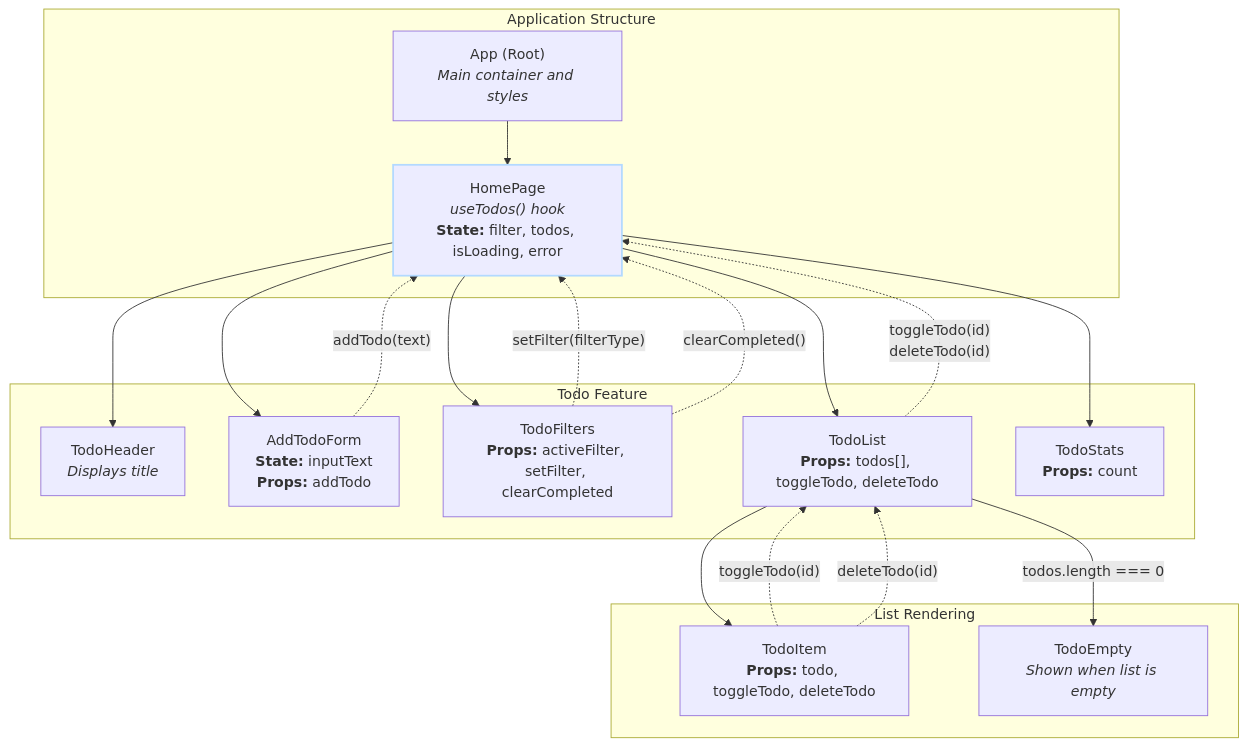
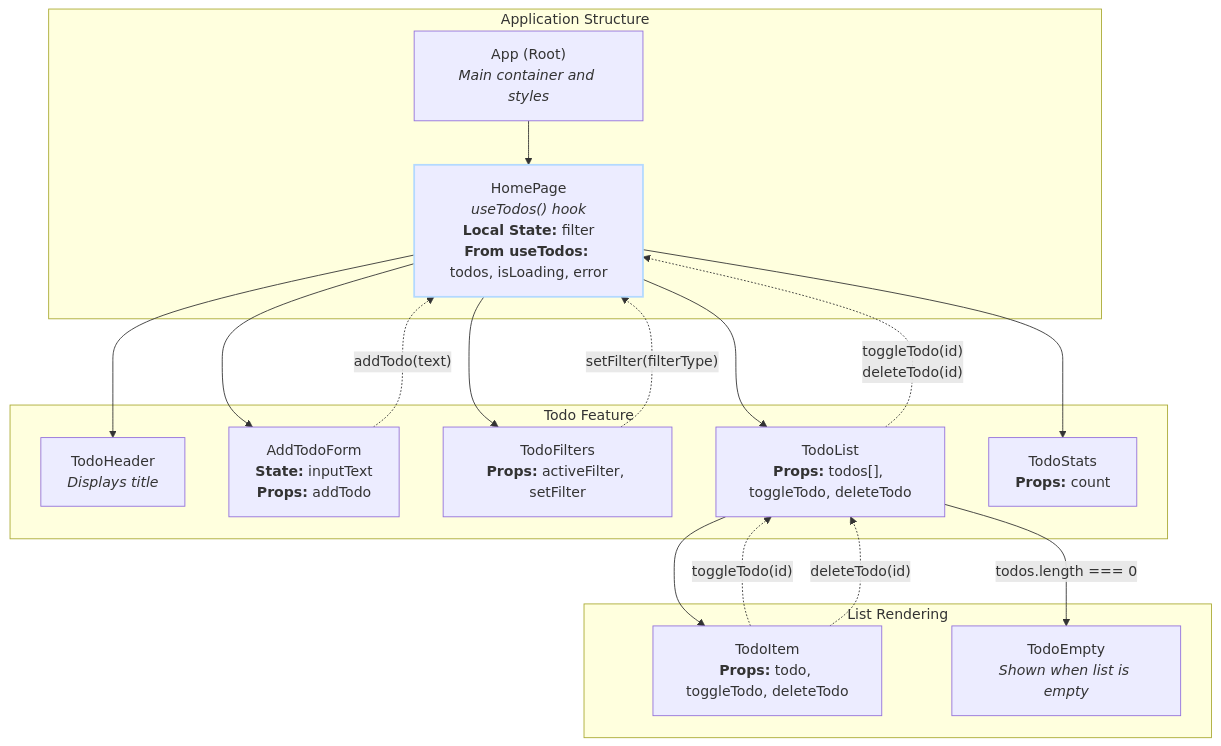
Before and after one commit to tosentai/react_lab4-6: the diagram in README.md, drawn with Mermaid. The commit also changed other lines of this file, not shown here.

First line of the commit message:
docs: refine state descriptions in README diagram

````diff
--- a/README.md
+++ b/README.md
@@ -35,40 +33,39 @@
 ```mermaid
 graph TD;
     App["App (Root)<br/><i>Main container and styles</i>"]
-    HomePage["HomePage<br/><i>useTodos() hook</i><br/><b>State:</b> filter, todos, isLoading, error"]
+    HomePage["HomePage<br/><i>useTodos() hook</i><br/><b>Local State:</b> filter<br/><b>From useTodos:</b> todos, isLoading, error"]
     
     TodoHeader["TodoHeader<br/><i>Displays title</i>"]
     AddTodoForm["AddTodoForm<br/><b>State:</b> inputText<br/><b>Props:</b> addTodo"]
-    TodoFilters["TodoFilters<br/><b>Props:</b> activeFilter, setFilter, clearCompleted"]
+    TodoFilters["TodoFilters<br/><b>Props:</b> activeFilter, setFilter"]
     TodoList["TodoList<br/><b>Props:</b> todos[], toggleTodo, deleteTodo"]
     TodoStats["TodoStats<br/><b>Props:</b> count"]
     
     TodoItem["TodoItem<br/><b>Props:</b> todo, toggleTodo, deleteTodo"]
     TodoEmpty["TodoEmpty<br/><i>Shown when list is empty</i>"]
 
     subgraph "Application Structure"
         App --> HomePage
     end
 
     subgraph "Todo Feature"
         HomePage --> TodoHeader
         HomePage --> AddTodoForm
         HomePage --> TodoFilters
         HomePage --> TodoList
         HomePage --> TodoStats
     end
 
     subgraph "List Rendering"
         TodoList --> TodoItem
         TodoList -- "todos.length === 0" --> TodoEmpty
     end
 
     style HomePage stroke:#b3d9ff,stroke-width:2px
     
     AddTodoForm -.->|"addTodo(text)"| HomePage
     TodoFilters -.->|"setFilter(filterType)"| HomePage
-    TodoFilters -.->|"clearCompleted()"| HomePage
     TodoItem -.->|"toggleTodo(id)"| TodoList
     TodoItem -.->|"deleteTodo(id)"| TodoList
     TodoList -.->|"toggleTodo(id)<br/>deleteTodo(id)"| HomePage
 ```
````
